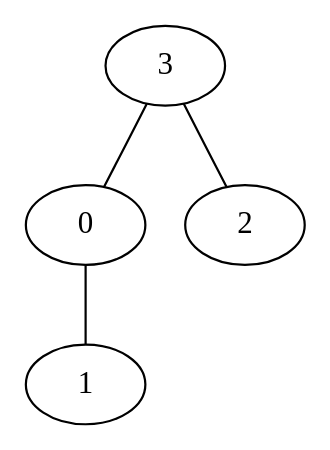
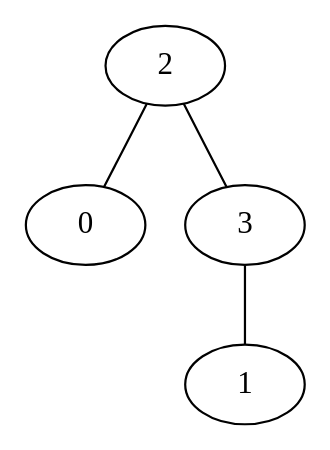
Before and after one commit to VillegasGG/greedy-firefighter-problem: the diagram in experiments/pygrapghviz.dot, drawn with Graphviz. The commit also changed 12 other files, not shown here.

```diff
--- a/experiments/pygrapghviz.dot
+++ b/experiments/pygrapghviz.dot
@@ -1,5 +1,5 @@
 strict graph "" {
-	3 -- 0;
-	3 -- 2;
-	0 -- 1;
+	2 -- 0;
+	2 -- 3;
+	3 -- 1;
 }
```
